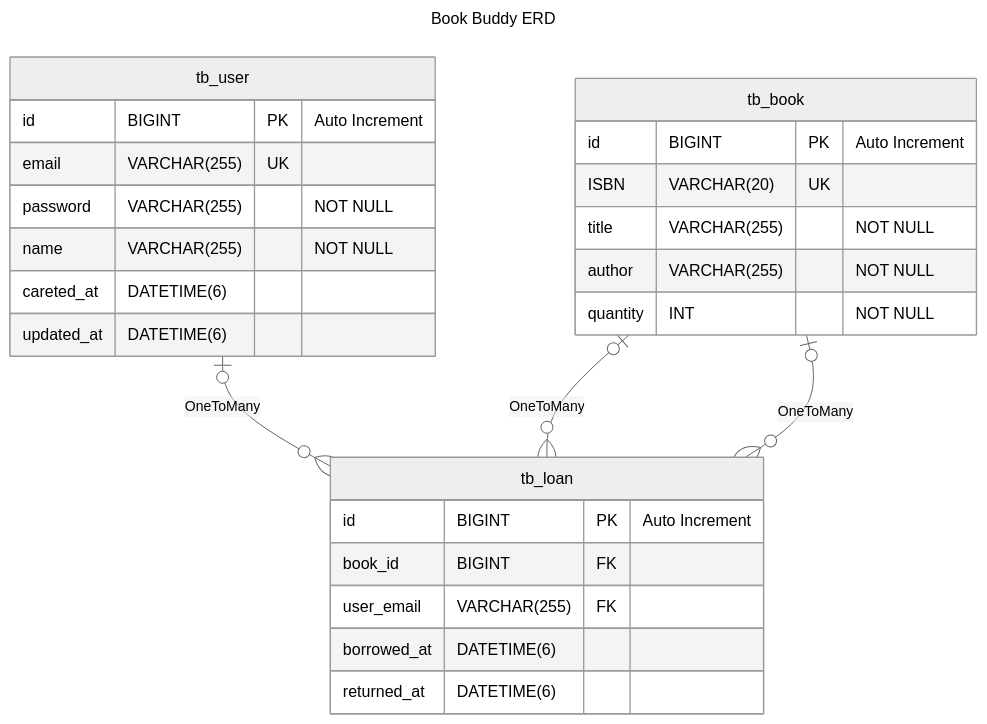
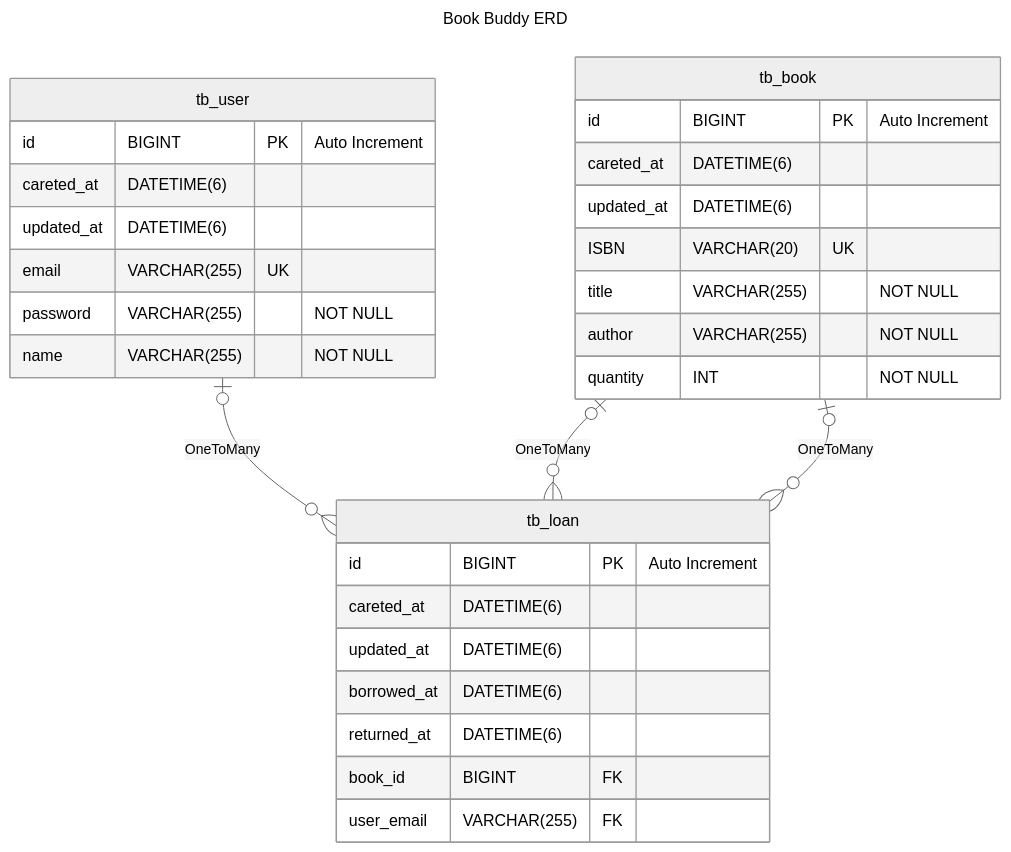
One commit to lkdcode/book-buddy changed the diagram in README.md. Above: the diagram before and after it, drawn with Mermaid (neutral theme). The commit also changed other lines of this file and 1 other file, not shown here.

Commit message:
Docs [README] : 기능 정의서, ERD, API 추가

````diff
--- a/README.md
+++ b/README.md
@@ -63,34 +66,38 @@
 ```mermaid
 ---
 title: Book Buddy ERD
 ---
 erDiagram
     tb_user |o--o{ tb_loan: OneToMany
     tb_book |o--o{ tb_loan: OneToMany
     tb_book |o--o{ tb_loan: OneToMany
 
     tb_user {
         id BIGINT PK "Auto Increment"
+        careted_at DATETIME(6)
+        updated_at DATETIME(6)
         email VARCHAR(255) UK
         password VARCHAR(255) "NOT NULL"
         name VARCHAR(255) "NOT NULL"
-        careted_at DATETIME(6)
-        updated_at DATETIME(6)
     }
 
     tb_book {
         id BIGINT PK "Auto Increment"
+        careted_at DATETIME(6)
+        updated_at DATETIME(6)
         ISBN VARCHAR(20) UK
         title VARCHAR(255) "NOT NULL"
         author VARCHAR(255) "NOT NULL"
         quantity INT "NOT NULL"
     }
 
     tb_loan {
         id BIGINT PK "Auto Increment"
+        careted_at DATETIME(6)
+        updated_at DATETIME(6)
+        borrowed_at DATETIME(6)
+        returned_at DATETIME(6)
         book_id BIGINT FK
         user_email VARCHAR(255) FK
-        borrowed_at DATETIME(6)
-        returned_at DATETIME(6)
     }
 ```
````
